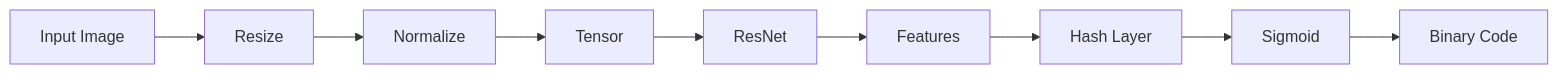
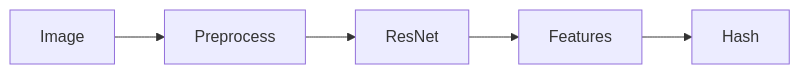
Before and after one commit to BTech20/biometric-auth-system: the fifth of 15 diagrams in ARCHITECTURE.md, drawn with Mermaid. The commit also changed other lines of this file, not shown here.

First line of the commit message:
Ultra-simplify Mermaid diagrams to basic graph syntax

````diff
--- a/ARCHITECTURE.md
+++ b/ARCHITECTURE.md
@@ -120,11 +86,7 @@
 ```mermaid
-flowchart LR
-    A[Input Image] --> B[Resize]
-    B --> C[Normalize]
-    C --> D[Tensor]
-    D --> E[ResNet]
-    E --> F[Features]
-    F --> G[Hash Layer]
-    G --> H[Sigmoid]
-    H --> I[Binary Code]
+graph LR
+    A[Image] --> B[Preprocess]
+    B --> C[ResNet]
+    C --> D[Features]
+    D --> E[Hash]
 ```
````
